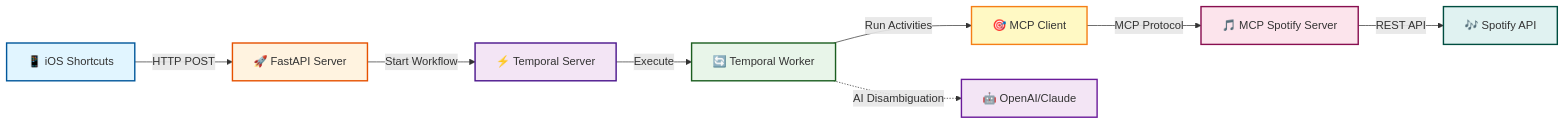
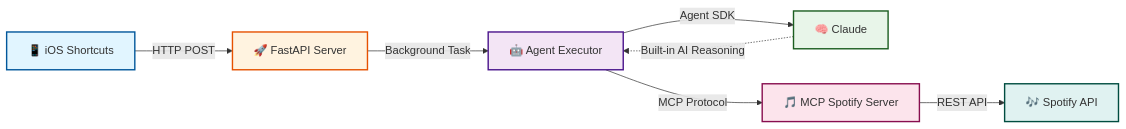
Before and after one commit to hunarjain09/spotify-mcp-integration: the diagram in README.md, drawn with Mermaid. The commit also changed other lines of this file and 33 other files, not shown here.

First line of the commit message:
Complete documentation and codebase cleanup for Agent SDK migration

````diff
--- a/README.md
+++ b/README.md
@@ -21,19 +23,16 @@
 ```mermaid
 graph LR
     A[📱 iOS Shortcuts] -->|HTTP POST| B[🚀 FastAPI Server]
-    B -->|Start Workflow| C[⚡ Temporal Server]
-    C -->|Execute| D[🔄 Temporal Worker]
-    D -->|Run Activities| E[🎯 MCP Client]
-    E -->|MCP Protocol| F[🎵 MCP Spotify Server]
-    F -->|REST API| G[🎶 Spotify API]
-    D -.->|AI Disambiguation| H[🤖 OpenAI/Claude]
+    B -->|Background Task| C[🤖 Agent Executor]
+    C -->|Agent SDK| D[🧠 Claude]
+    C -->|MCP Protocol| E[🎵 MCP Spotify Server]
+    E -->|REST API| F[🎶 Spotify API]
+    D -.->|Built-in AI Reasoning| C
 
     style A fill:#e1f5ff,stroke:#01579b,stroke-width:2px
     style B fill:#fff3e0,stroke:#e65100,stroke-width:2px
     style C fill:#f3e5f5,stroke:#4a148c,stroke-width:2px
     style D fill:#e8f5e9,stroke:#1b5e20,stroke-width:2px
-    style E fill:#fff9c4,stroke:#f57f17,stroke-width:2px
-    style F fill:#fce4ec,stroke:#880e4f,stroke-width:2px
-    style G fill:#e0f2f1,stroke:#004d40,stroke-width:2px
-    style H fill:#f3e5f5,stroke:#6a1b9a,stroke-width:2px
+    style E fill:#fce4ec,stroke:#880e4f,stroke-width:2px
+    style F fill:#e0f2f1,stroke:#004d40,stroke-width:2px
 ```
````
